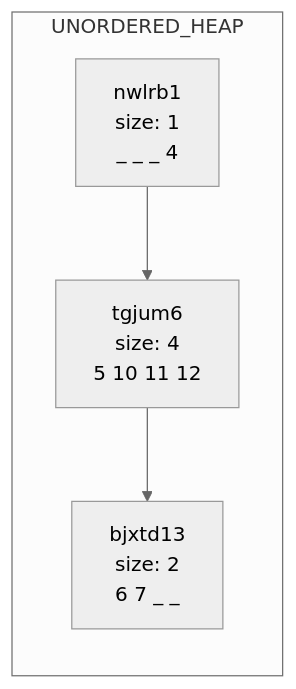
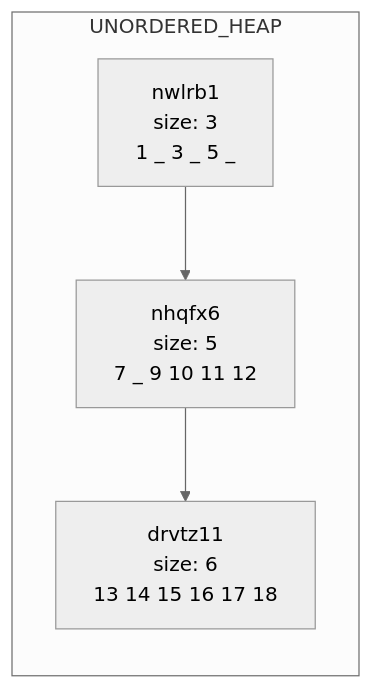
The second of 2 diagrams in data/chart.md (shiridikumar/phase1_dup), drawn with Mermaid (neutral theme) before and after one commit. The commit also changed other lines of this file and 30 other files, not shown here.

````diff
--- a/data/chart.md
+++ b/data/chart.md
@@ -13,10 +15,10 @@
 ```mermaid
 graph LR
 subgraph UNORDERED_HEAP
-nwlrb1[nwlrb1<br/>size: 1<br/>_ _ _ 4 ]
-tgjum6[tgjum6<br/>size: 4<br/>5 10 11 12 ]
-nwlrb1-->tgjum6
-bjxtd13[bjxtd13<br/>size: 2<br/>6 7 _ _ ]
-tgjum6-->bjxtd13
+nwlrb1[nwlrb1<br/>size: 3<br/>1 _ 3 _ 5 _ ]
+nhqfx6[nhqfx6<br/>size: 5<br/>7 _ 9 10 11 12 ]
+nwlrb1-->nhqfx6
+drvtz11[drvtz11<br/>size: 6<br/>13 14 15 16 17 18 ]
+nhqfx6-->drvtz11
 end
 ```
````
